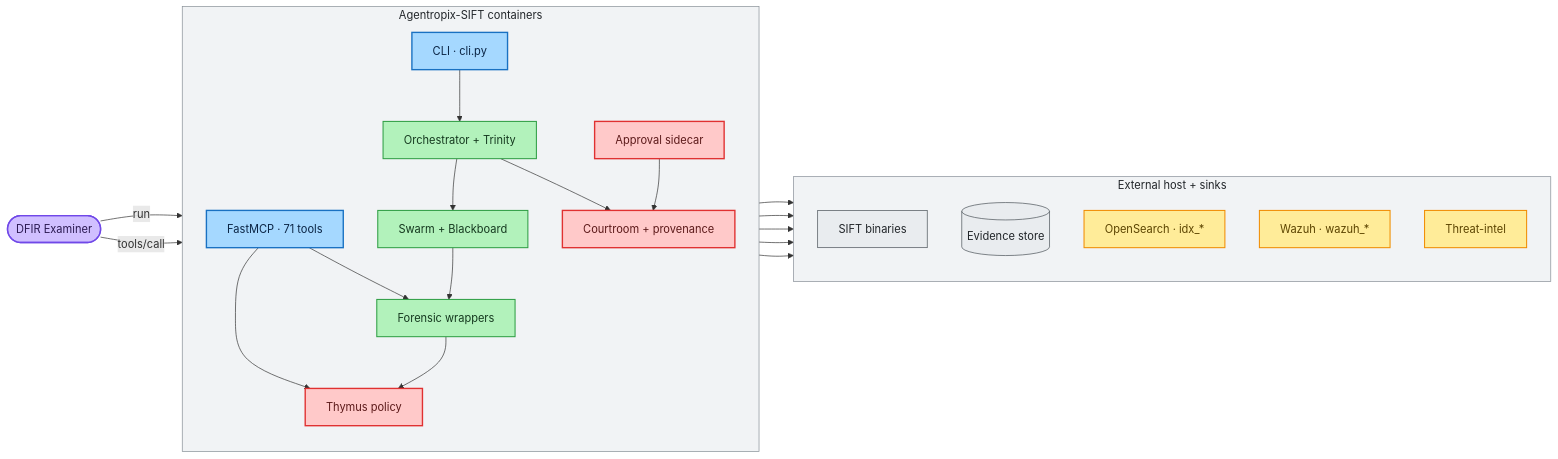
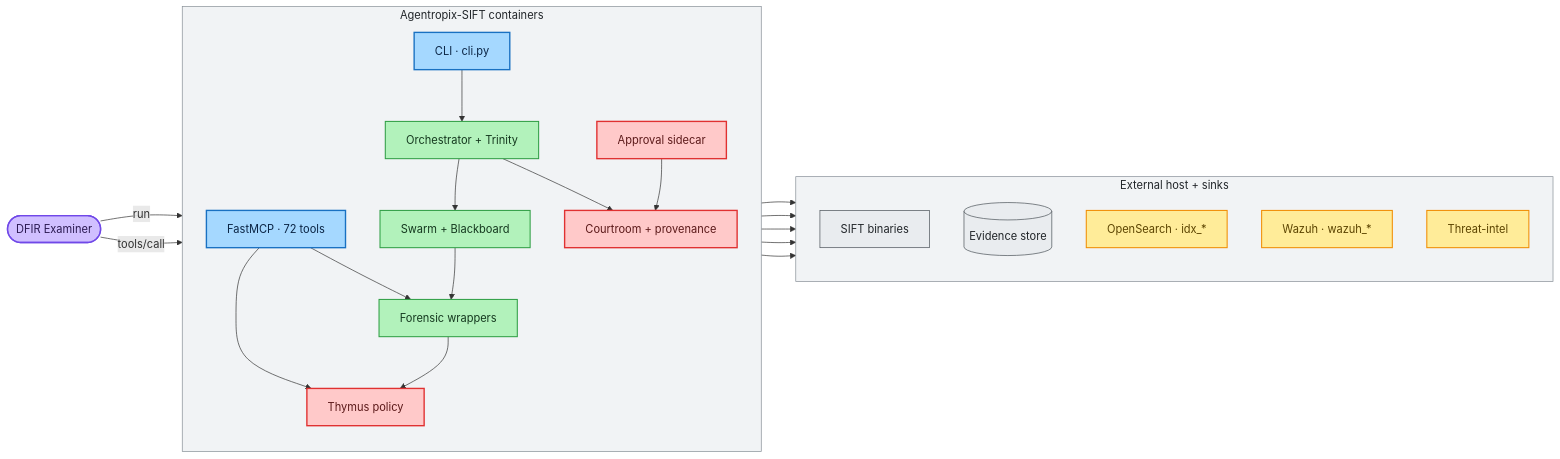
One commit to galvangabriel-web/agentropix-mcp changed the second of 3 diagrams in docs/02-architecture/system-context-c4.md. Above: the diagram before and after it, drawn with Mermaid. The commit also changed other lines of this file and 64 other files, not shown here.

````diff
--- a/docs/02-architecture/system-context-c4.md
+++ b/docs/02-architecture/system-context-c4.md
@@ -99,51 +99,51 @@
 ```mermaid
 flowchart LR
     classDef actor fill:#d0bfff,stroke:#7048e8,color:#2b1a52,stroke-width:2px
     classDef api fill:#a5d8ff,stroke:#1971c2,color:#0b2545,stroke-width:2px
     classDef core fill:#b2f2bb,stroke:#2f9e44,color:#15391f,stroke-width:1.5px
     classDef gov fill:#ffc9c9,stroke:#e03131,color:#5c1a1a,stroke-width:2px
     classDef ext fill:#e9ecef,stroke:#495057,color:#212529,stroke-width:1px
     classDef sink fill:#ffec99,stroke:#f08c00,color:#5c4400,stroke-width:1.5px
 
     Examiner(["DFIR Examiner"]):::actor
 
     subgraph ASIFT["Agentropix-SIFT containers"]
         direction TB
         CLI["CLI · cli.py"]:::api
-        MCP["FastMCP · 71 tools"]:::api
+        MCP["FastMCP · 72 tools"]:::api
         Orch["Orchestrator + Trinity"]:::core
         Agents["Swarm + Blackboard"]:::core
         Wrappers["Forensic wrappers"]:::core
         Thymus["Thymus policy"]:::gov
         Courtroom["Courtroom + provenance"]:::gov
         Approval["Approval sidecar"]:::gov
     end
 
     subgraph EXT["External host + sinks"]
         direction TB
         SIFT["SIFT binaries"]:::ext
         Evidence[("Evidence store")]:::ext
         OpenSearch["OpenSearch · idx_*"]:::sink
         Wazuh["Wazuh · wazuh_*"]:::sink
         Intel["Threat-intel"]:::sink
     end
 
     Examiner -->|run| CLI
     Examiner -->|"tools/call"| MCP
     CLI --> Orch
     MCP --> Wrappers
     MCP --> Thymus
     Orch --> Agents
     Agents --> Wrappers
     Wrappers --> Thymus
     Wrappers --> SIFT
     Wrappers --> Evidence
     Orch --> Courtroom
     Approval --> Courtroom
     MCP --> OpenSearch
     MCP --> Wazuh
     MCP --> Intel
 
     style ASIFT fill:#f1f3f5,stroke:#868e96,color:#212529
     style EXT fill:#f1f3f5,stroke:#868e96,color:#212529
 ```
````
